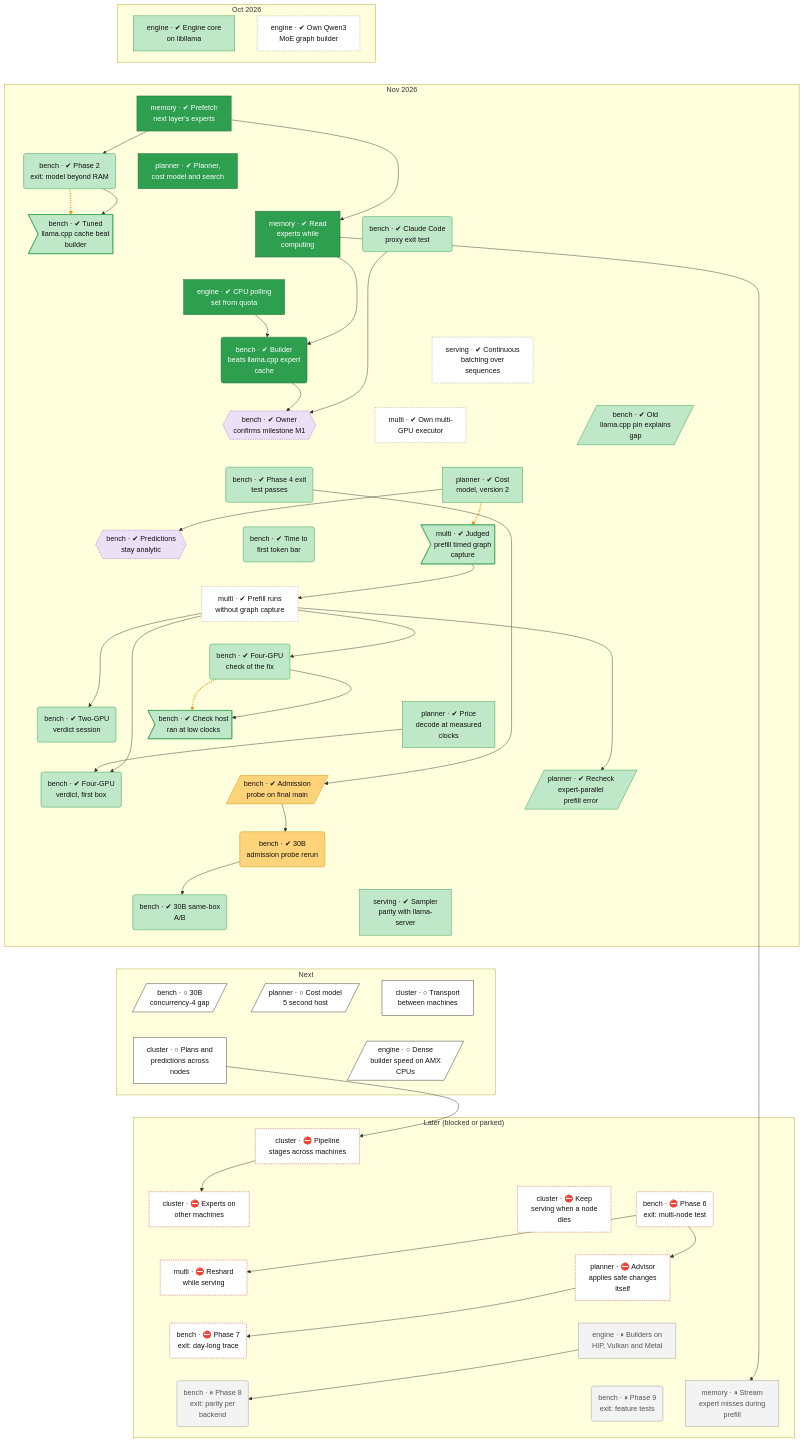
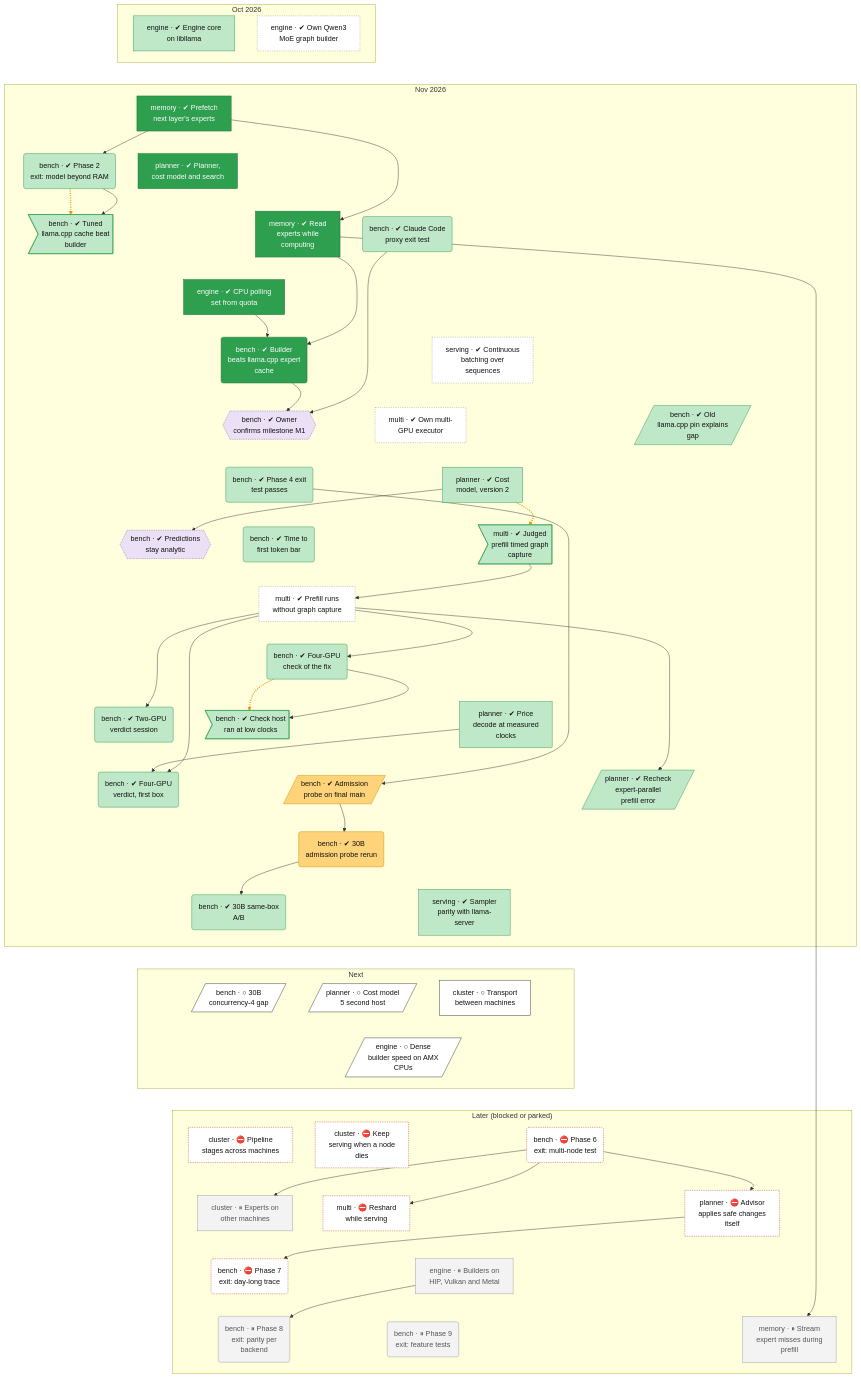
One commit to lhns/tetraeder changed the second of 2 diagrams in docs/roadmap.md. Above: the diagram before and after it, drawn with Mermaid. The commit also changed other lines of this file and 7 other files, not shown here.

````diff
--- a/docs/roadmap.md
+++ b/docs/roadmap.md
@@ -139,14 +139,13 @@
         bench_30b_c4_gap[/"bench · ○ 30B<br/>concurrency-4 gap"/]
         planner_cost_model_v5_host2[/"planner · ○ Cost model<br/>5 second host"/]
         cluster_transport["cluster · ○ Transport<br/>between machines"]
-        cluster_planner["cluster · ○ Plans and<br/>predictions across<br/>nodes"]
         engine_dense_amx[/"engine · ○ Dense<br/>builder speed on AMX<br/>CPUs"/]
     end
     subgraph bd_3["Later (blocked or parked)"]
         cluster_pipeline_nodes["cluster · ⛔ Pipeline<br/>stages across machines"]
-        cluster_experts_nodes["cluster · ⛔ Experts on<br/>other machines"]
         cluster_failover["cluster · ⛔ Keep<br/>serving when a node<br/>dies"]
         bench_phase6_exit("bench · ⛔ Phase 6<br/>exit: multi-node test")
+        cluster_experts_nodes["cluster · ⏸ Experts on<br/>other machines"]
         multi_live_reshard["multi · ⛔ Reshard<br/>while serving"]
         planner_advisor_auto["planner · ⛔ Advisor<br/>applies safe changes<br/>itself"]
         bench_phase7_exit("bench · ⛔ Phase 7<br/>exit: day-long trace")
@@ -194,18 +193,17 @@
     bench_ab30b ~~~ bench_30b_c4_gap
     serving_parity_sampling ~~~ planner_cost_model_v5_host2
     serving_parity_sampling ~~~ cluster_transport
-    bench_30b_c4_gap ~~~ cluster_planner
+    bench_30b_c4_gap ~~~ engine_dense_amx
     planner_cost_model_v5_host2 ~~~ engine_dense_amx
     cluster_transport ~~~ engine_dense_amx
-    cluster_planner ~~~ cluster_pipeline_nodes
     engine_dense_amx ~~~ cluster_pipeline_nodes
+    engine_dense_amx ~~~ cluster_failover
+    engine_dense_amx ~~~ bench_phase6_exit
     cluster_pipeline_nodes ~~~ cluster_experts_nodes
-    cluster_pipeline_nodes ~~~ cluster_failover
-    cluster_pipeline_nodes ~~~ bench_phase6_exit
-    cluster_experts_nodes ~~~ multi_live_reshard
-    cluster_failover ~~~ planner_advisor_auto
+    cluster_failover ~~~ multi_live_reshard
     bench_phase6_exit ~~~ planner_advisor_auto
-    multi_live_reshard ~~~ bench_phase7_exit
+    cluster_experts_nodes ~~~ bench_phase7_exit
+    multi_live_reshard ~~~ engine_backend_parity
     planner_advisor_auto ~~~ engine_backend_parity
     bench_phase7_exit ~~~ bench_phase8_exit
     engine_backend_parity ~~~ bench_phase9_exit
@@ -231,14 +229,13 @@
     multi_prefill_no_capture --> planner_ep_prefill_recheck
     bench_d2a_probe --> bench_d2a_30b
     bench_d2a_30b --> bench_ab30b
-    cluster_planner --> cluster_pipeline_nodes
-    cluster_pipeline_nodes --> cluster_experts_nodes
+    bench_phase6_exit --> cluster_experts_nodes
     bench_phase6_exit --> multi_live_reshard
     bench_phase6_exit --> planner_advisor_auto
     planner_advisor_auto --> bench_phase7_exit
     engine_backend_parity --> bench_phase8_exit
     memory_io_service --> memory_prefill_misses
-    linkStyle 56,63,67 stroke:#e69500,stroke-width:3px,stroke-dasharray:2 3
+    linkStyle 55,62,66 stroke:#e69500,stroke-width:3px,stroke-dasharray:2 3
     classDef vsucc fill:#2e9e4f,stroke:#1b6b34,color:#fff
     classDef succ fill:#bfe8c8,stroke:#2e9e4f,color:#111
     classDef mixed fill:#ffd37a,stroke:#c98a00,color:#111
@@ -258,7 +255,7 @@
     class engine_cpu_poll,memory_prefetch,memory_io_service,planner_core,bench_m1_point1 vsucc
     class bench_owner_m1,bench_owner_analytic decided
     class bench_d2a_probe,bench_d2a_30b mixed
-    class bench_30b_c4_gap,planner_cost_model_v5_host2,cluster_transport,cluster_planner,engine_dense_amx next
-    class cluster_pipeline_nodes,cluster_experts_nodes,cluster_failover,bench_phase6_exit,multi_live_reshard,planner_advisor_auto,bench_phase7_exit blocked
-    class engine_backend_parity,bench_phase8_exit,bench_phase9_exit,memory_prefill_misses parked
+    class bench_30b_c4_gap,planner_cost_model_v5_host2,cluster_transport,engine_dense_amx next
+    class cluster_pipeline_nodes,cluster_failover,bench_phase6_exit,multi_live_reshard,planner_advisor_auto,bench_phase7_exit blocked
+    class cluster_experts_nodes,engine_backend_parity,bench_phase8_exit,bench_phase9_exit,memory_prefill_misses parked
 ```
````
